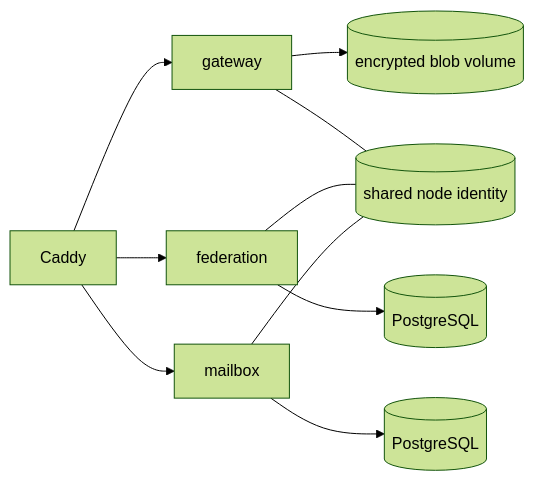
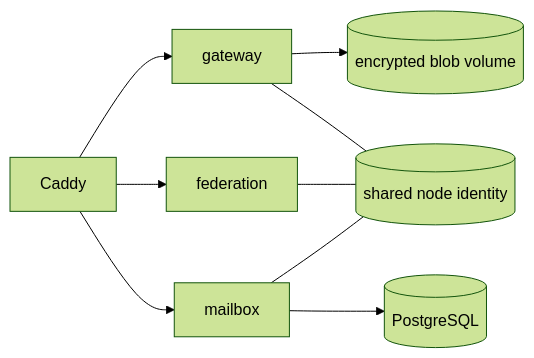
Before and after one commit to cbgm/Sparrow: the diagram in docs/server/community-node.md, drawn with Mermaid (forest theme). The commit also changed other lines of this file and 231 other files, not shown here.

````diff
--- a/docs/server/community-node.md
+++ b/docs/server/community-node.md
@@ -9,12 +9,11 @@
 ```mermaid
 flowchart LR
     C[Caddy] --> G[gateway]
     C --> F[federation]
     C --> M[mailbox]
-    F --> FDB[(PostgreSQL)]
     M --> MDB[(PostgreSQL)]
     G --> BLOB[(encrypted blob volume)]
     G --- ID[(shared node identity)]
     F --- ID
     M --- ID
 ```
````
